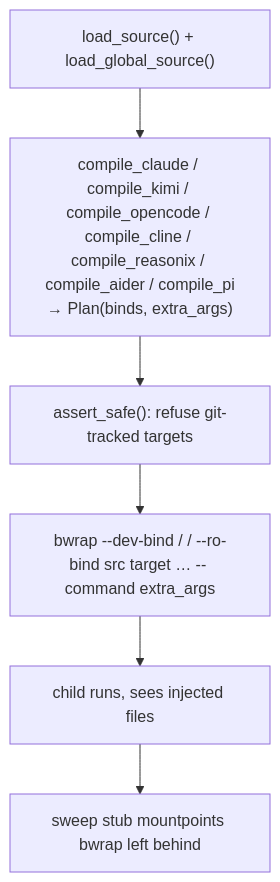
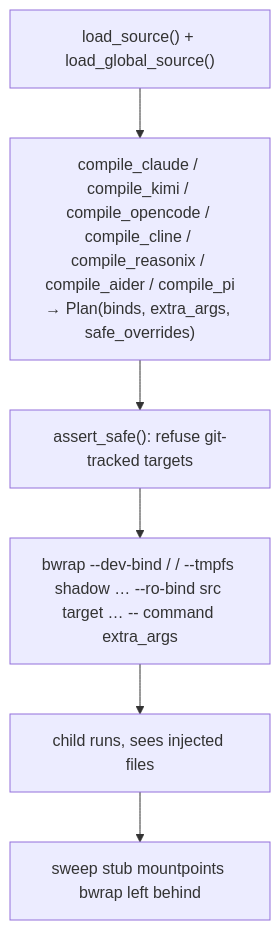
The diagram in docs/internals.md (vcoeur/agedum), drawn with Mermaid before and after one commit. The commit also changed other lines of this file and 13 other files, not shown here.

````diff
--- a/docs/internals.md
+++ b/docs/internals.md
@@ -15,8 +15,8 @@
 ```mermaid
 flowchart TD
-  a["load_source() + load_global_source()"] --> b["compile_claude / compile_kimi / compile_opencode / compile_cline / compile_reasonix / compile_aider / compile_pi<br/>→ Plan(binds, extra_args)"]
+  a["load_source() + load_global_source()"] --> b["compile_claude / compile_kimi / compile_opencode / compile_cline / compile_reasonix / compile_aider / compile_pi<br/>→ Plan(binds, extra_args, safe_overrides)"]
   b --> c["assert_safe(): refuse git-tracked targets"]
-  c --> d["bwrap --dev-bind / / --ro-bind src target … -- command extra_args"]
+  c --> d["bwrap --dev-bind / / --tmpfs shadow … --ro-bind src target … -- command extra_args"]
   d --> e["child runs, sees injected files"]
   e --> f["sweep stub mountpoints bwrap left behind"]
 ```
````
